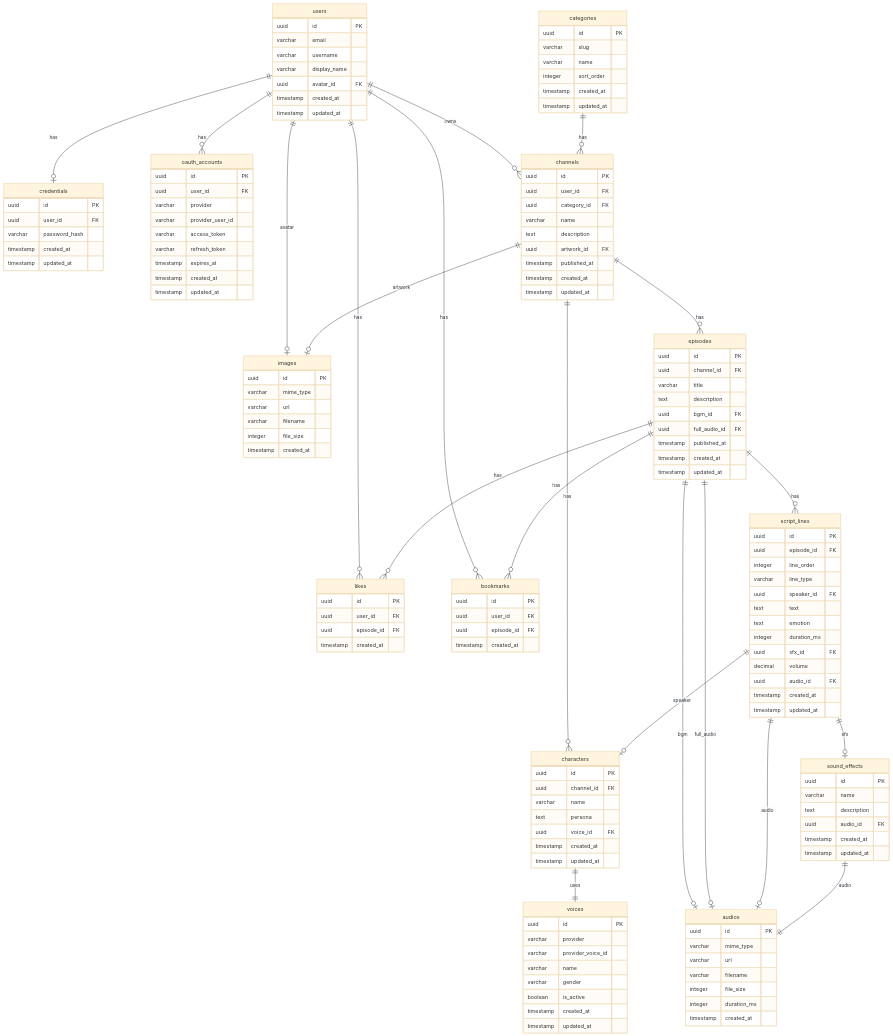
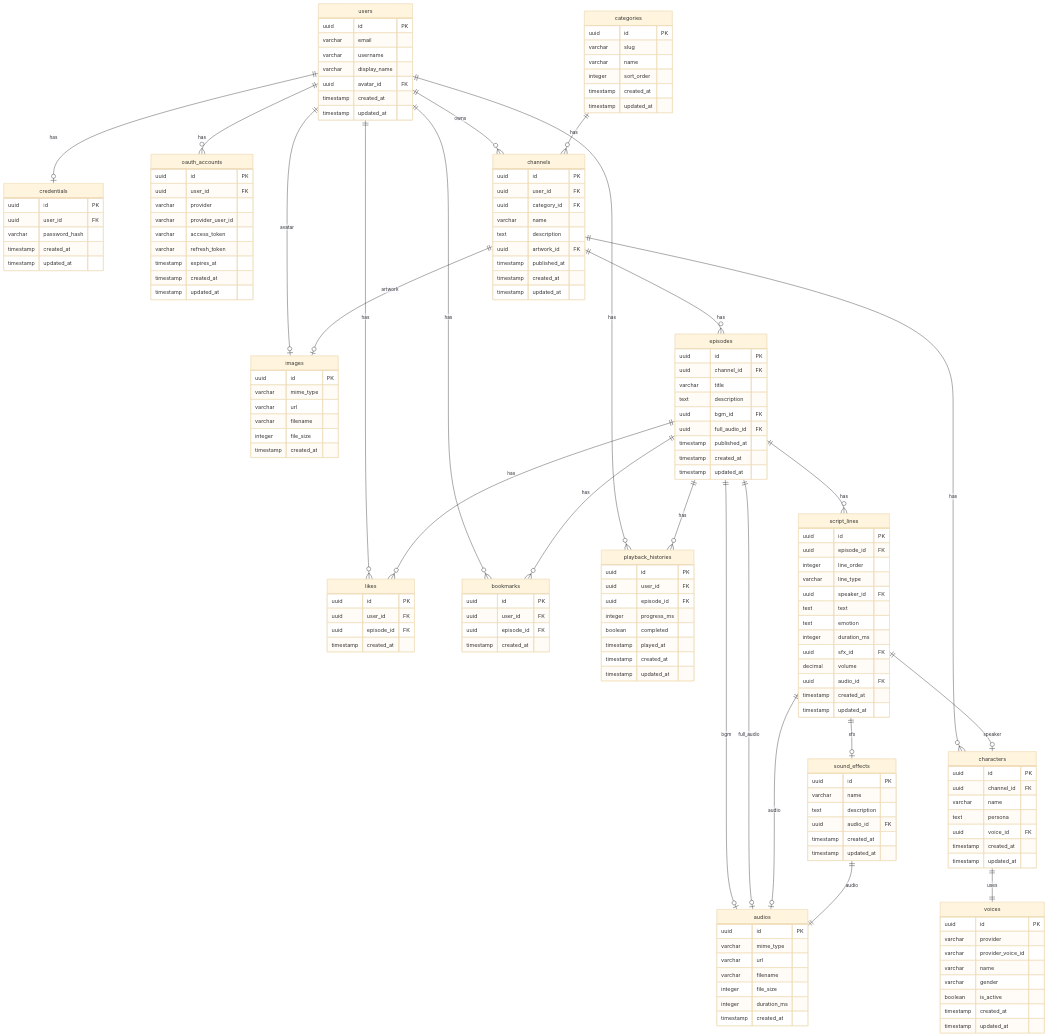
Before and after one commit to siropaca/anycast-backend: the diagram in docs/database.md, drawn with Mermaid (base theme). The commit also changed other lines of this file and 3 other files, not shown here.

```diff
--- a/docs/database.md
+++ b/docs/database.md
@@ -9,6 +9,7 @@
     users ||--o{ channels : owns
     users ||--o{ likes : has
     users ||--o{ bookmarks : has
+    users ||--o{ playback_histories : has
     users ||--o| images : avatar
     categories ||--o{ channels : has
     channels ||--o{ characters : has
@@ -18,6 +19,7 @@
     episodes ||--o{ script_lines : has
     episodes ||--o{ likes : has
     episodes ||--o{ bookmarks : has
+    episodes ||--o{ playback_histories : has
     episodes ||--o| audios : bgm
     episodes ||--o| audios : full_audio
     script_lines ||--o| characters : speaker
@@ -37,6 +39,17 @@
         uuid user_id FK
         uuid episode_id FK
         timestamp created_at
+    }
+
+    playback_histories {
+        uuid id PK
+        uuid user_id FK
+        uuid episode_id FK
+        integer progress_ms
+        boolean completed
+        timestamp played_at
+        timestamp created_at
+        timestamp updated_at
     }
 
     users {
```
